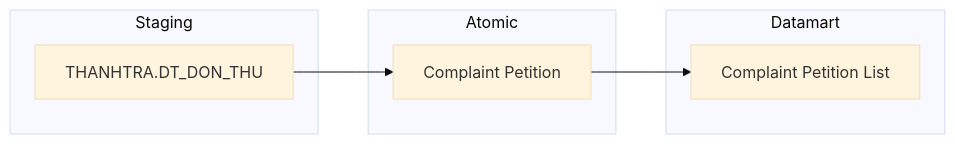
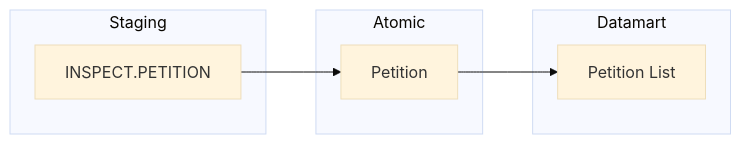
Before and after one commit to linhlvit/ubck_atomic_design: diagram 11 of 46 in Datamart/hld/DTM_TT_HLD.md, drawn with Mermaid (base theme). The commit also changed other lines of this file and 41 other files, not shown here.

````diff
--- a/Datamart/hld/DTM_TT_HLD.md
+++ b/Datamart/hld/DTM_TT_HLD.md
@@ -271,17 +371,17 @@
 ```mermaid
 flowchart LR
     subgraph SRC["Staging"]
-        S1["THANHTRA.DT_DON_THU"]
+        S1["INSPECT.PETITION"]
     end
 
     subgraph SIL["Atomic"]
-        SV1["Complaint Petition"]
+        SV1["Petition"]
     end
 
     subgraph GOLD["Datamart"]
-        G1["Complaint Petition List"]
+        G1["Petition List"]
     end
 
     S1 --> SV1
     SV1 --> G1
 ```
````
